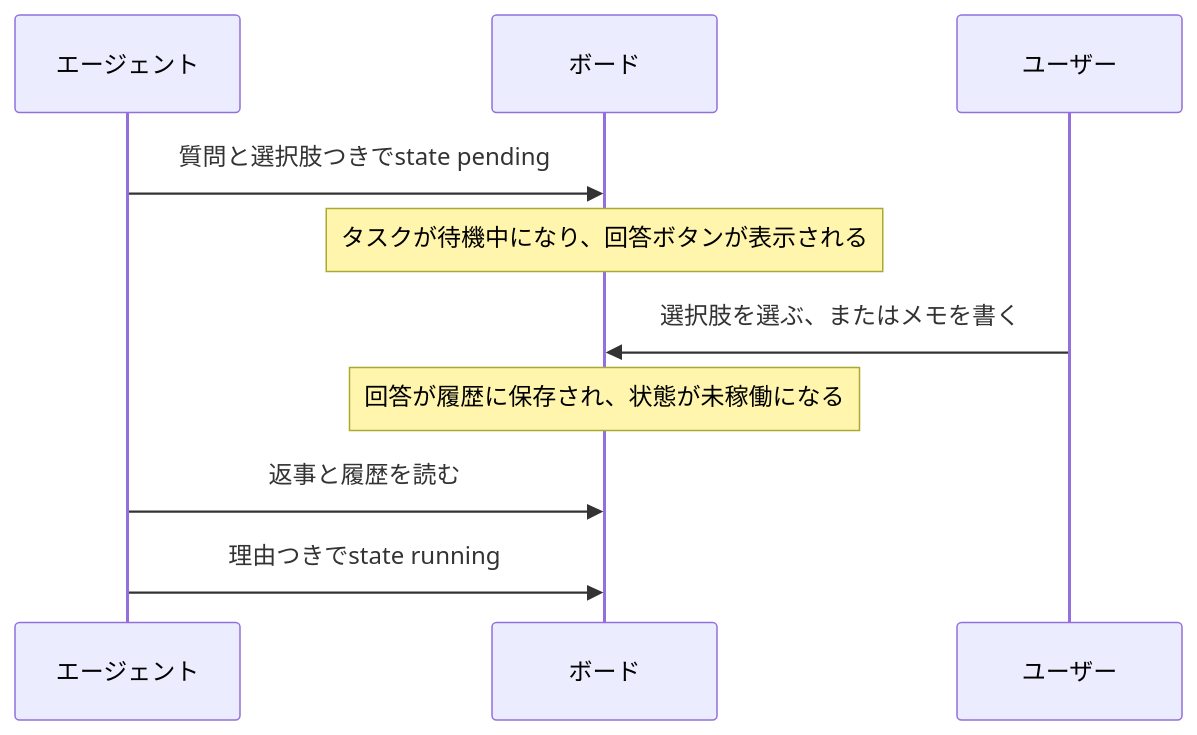
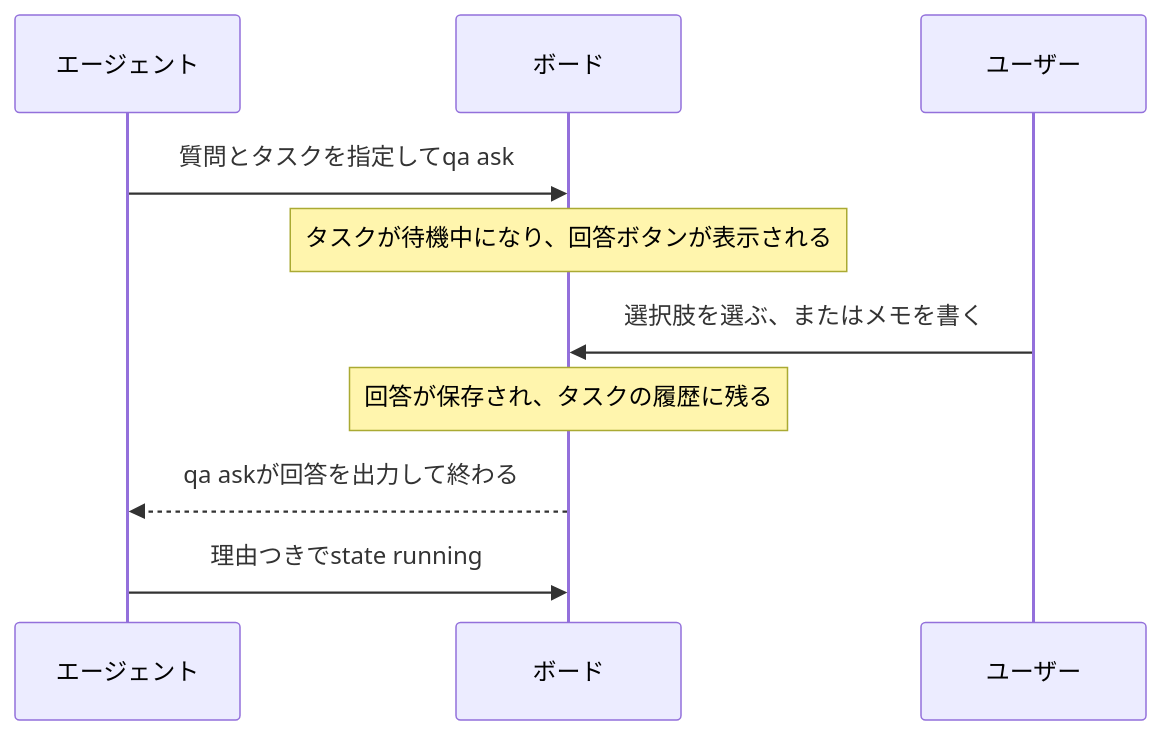
Before and after one commit to FooQoo/agent-board: the diagram in docs/ja/guide/use/decisions.md, drawn with Mermaid. The commit also changed other lines of this file and 47 other files, not shown here.

````diff
--- a/docs/ja/guide/use/decisions.md
+++ b/docs/ja/guide/use/decisions.md
@@ -54,12 +54,12 @@
 ```mermaid
 sequenceDiagram
     participant A as エージェント
     participant B as ボード
     participant U as ユーザー
-    A->>B: 質問と選択肢つきでstate pending
+    A->>B: 質問とタスクを指定してqa ask
     Note over B: タスクが待機中になり、回答ボタンが表示される
     U->>B: 選択肢を選ぶ、またはメモを書く
-    Note over B: 回答が履歴に保存され、状態が未稼働になる
-    A->>B: 返事と履歴を読む
+    Note over B: 回答が保存され、タスクの履歴に残る
+    B-->>A: qa askが回答を出力して終わる
     A->>B: 理由つきでstate running
 ```
````
